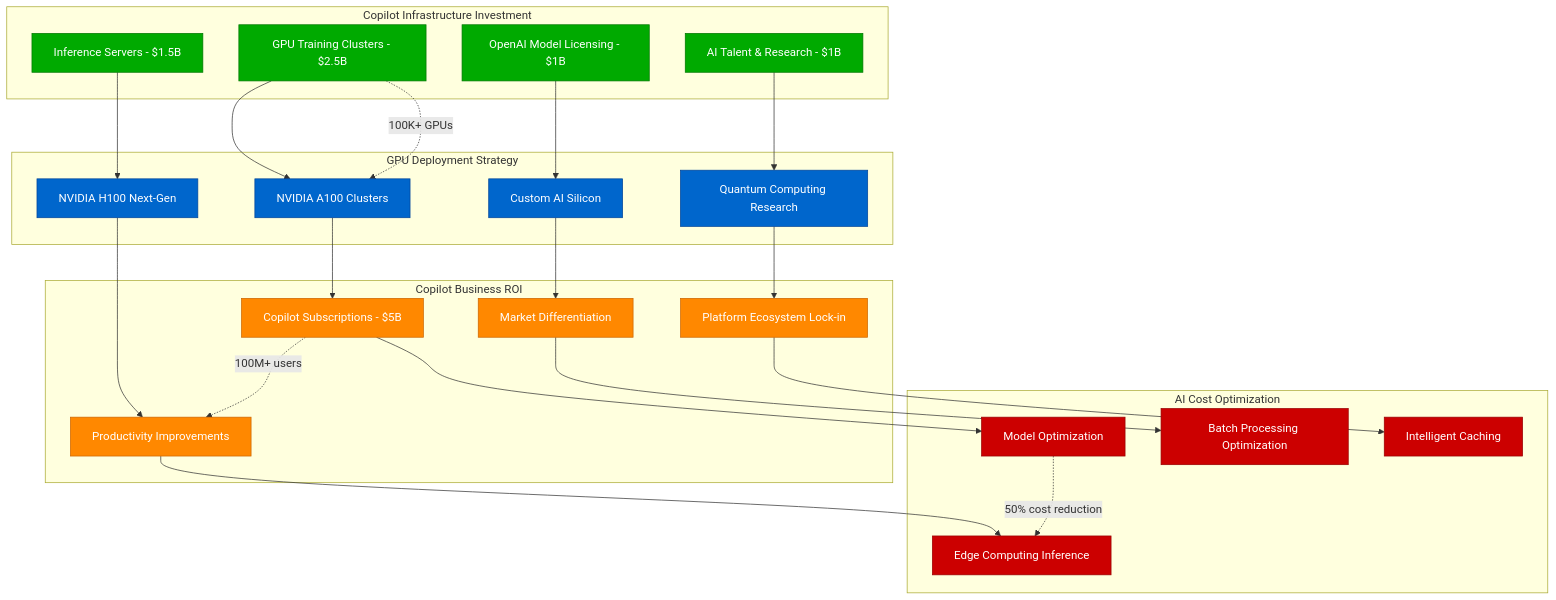
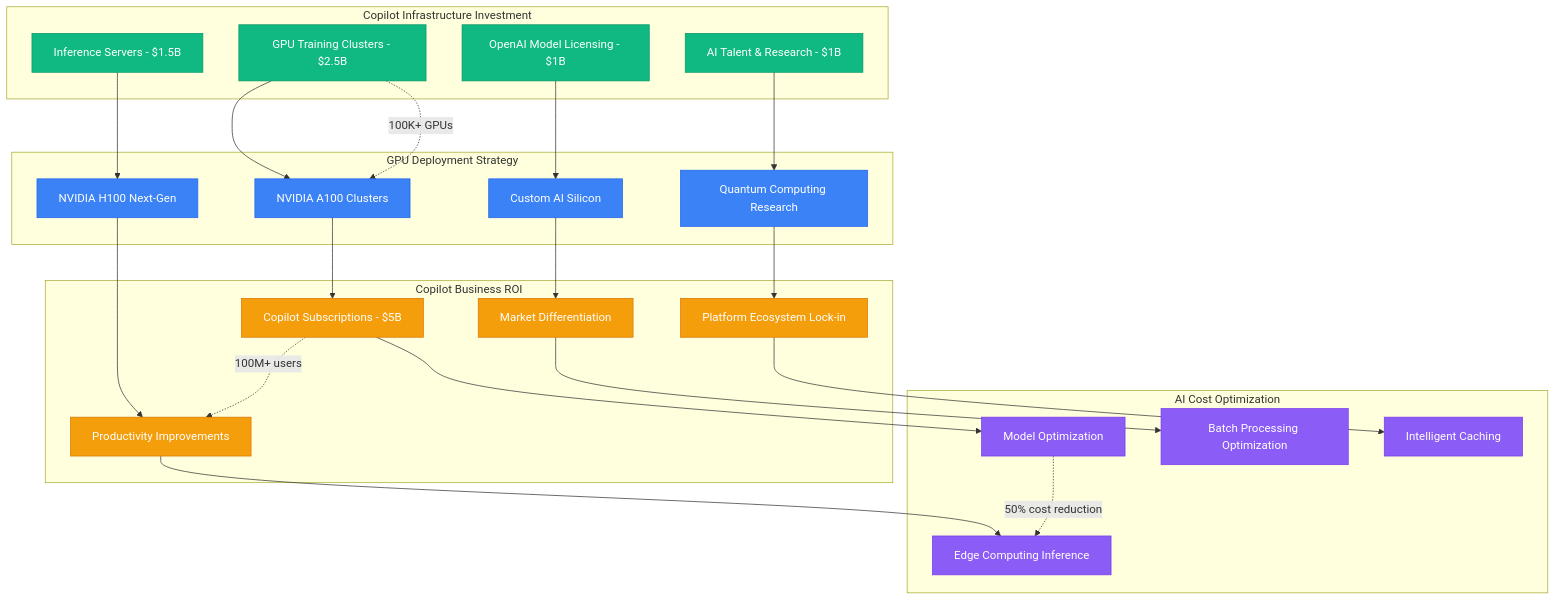
Before and after one commit to deepaucksharma/DS: the seventh of 12 diagrams in site/docs/systems/microsoft/cost-breakdown.md, drawn with Mermaid. The commit also changed other lines of this file and 303 other files, not shown here.

````diff
--- a/site/docs/systems/microsoft/cost-breakdown.md
+++ b/site/docs/systems/microsoft/cost-breakdown.md
@@ -262,63 +262,63 @@
 ```mermaid
 graph TB
     subgraph CopilotInfrastructure[Copilot Infrastructure Investment]
         GPU_TRAINING[GPU Training Clusters - $2.5B]
         INFERENCE_SERVERS[Inference Servers - $1.5B]
         OPENAI_LICENSING[OpenAI Model Licensing - $1B]
         AI_TALENT_COSTS[AI Talent & Research - $1B]
     end
 
     subgraph GPUDeployment[GPU Deployment Strategy]
         A100_CLUSTERS[NVIDIA A100 Clusters]
         H100_NEXT_GEN[NVIDIA H100 Next-Gen]
         CUSTOM_SILICON[Custom AI Silicon]
         QUANTUM_RESEARCH[Quantum Computing Research]
     end
 
     subgraph CopilotROI[Copilot Business ROI]
         SUBSCRIPTION_REVENUE[Copilot Subscriptions - $5B]
         PRODUCTIVITY_GAINS[Productivity Improvements]
         COMPETITIVE_ADVANTAGE[Market Differentiation]
         PLATFORM_LOCK_IN[Platform Ecosystem Lock-in]
     end
 
     subgraph CostOptimization[AI Cost Optimization]
         MODEL_EFFICIENCY[Model Optimization]
         EDGE_INFERENCE[Edge Computing Inference]
         BATCH_PROCESSING[Batch Processing Optimization]
         CACHE_STRATEGIES[Intelligent Caching]
     end
 
     %% Infrastructure deployment
     GPU_TRAINING --> A100_CLUSTERS
     INFERENCE_SERVERS --> H100_NEXT_GEN
     OPENAI_LICENSING --> CUSTOM_SILICON
     AI_TALENT_COSTS --> QUANTUM_RESEARCH
 
     %% ROI generation
     A100_CLUSTERS --> SUBSCRIPTION_REVENUE
     H100_NEXT_GEN --> PRODUCTIVITY_GAINS
     CUSTOM_SILICON --> COMPETITIVE_ADVANTAGE
     QUANTUM_RESEARCH --> PLATFORM_LOCK_IN
 
     %% Cost optimization
     SUBSCRIPTION_REVENUE --> MODEL_EFFICIENCY
     PRODUCTIVITY_GAINS --> EDGE_INFERENCE
     COMPETITIVE_ADVANTAGE --> BATCH_PROCESSING
     PLATFORM_LOCK_IN --> CACHE_STRATEGIES
 
     %% Financial metrics
     GPU_TRAINING -.->|"100K+ GPUs"| A100_CLUSTERS
     SUBSCRIPTION_REVENUE -.->|"100M+ users"| PRODUCTIVITY_GAINS
     MODEL_EFFICIENCY -.->|"50% cost reduction"| EDGE_INFERENCE
 
-    classDef infraStyle fill:#00AA00,stroke:#007700,color:#fff
-    classDef gpuStyle fill:#0066CC,stroke:#004499,color:#fff
-    classDef roiStyle fill:#FF8800,stroke:#CC6600,color:#fff
-    classDef optimizationStyle fill:#CC0000,stroke:#990000,color:#fff
+    classDef infraStyle fill:#10B981,stroke:#059669,color:#fff
+    classDef gpuStyle fill:#3B82F6,stroke:#2563EB,color:#fff
+    classDef roiStyle fill:#F59E0B,stroke:#D97706,color:#fff
+    classDef optimizationStyle fill:#8B5CF6,stroke:#7C3AED,color:#fff
 
     class GPU_TRAINING,INFERENCE_SERVERS,OPENAI_LICENSING,AI_TALENT_COSTS infraStyle
     class A100_CLUSTERS,H100_NEXT_GEN,CUSTOM_SILICON,QUANTUM_RESEARCH gpuStyle
     class SUBSCRIPTION_REVENUE,PRODUCTIVITY_GAINS,COMPETITIVE_ADVANTAGE,PLATFORM_LOCK_IN roiStyle
     class MODEL_EFFICIENCY,EDGE_INFERENCE,BATCH_PROCESSING,CACHE_STRATEGIES optimizationStyle
 ```
````
